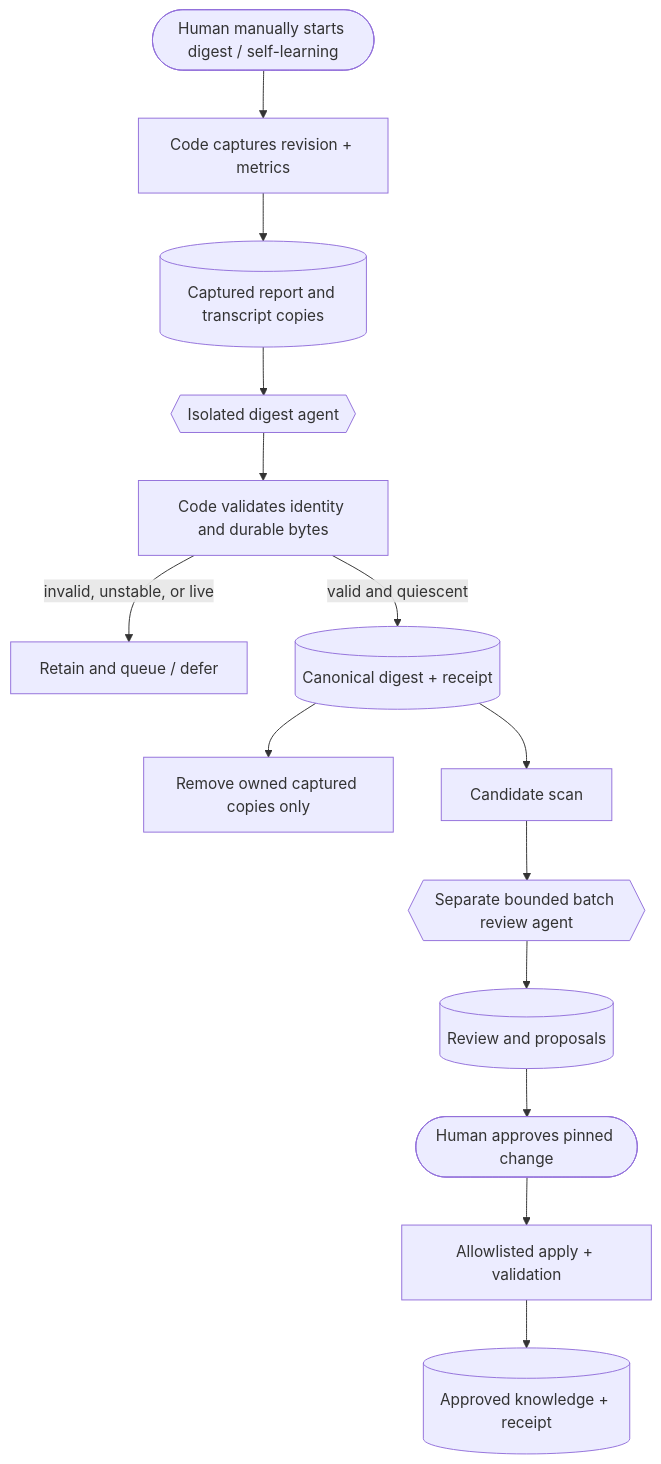
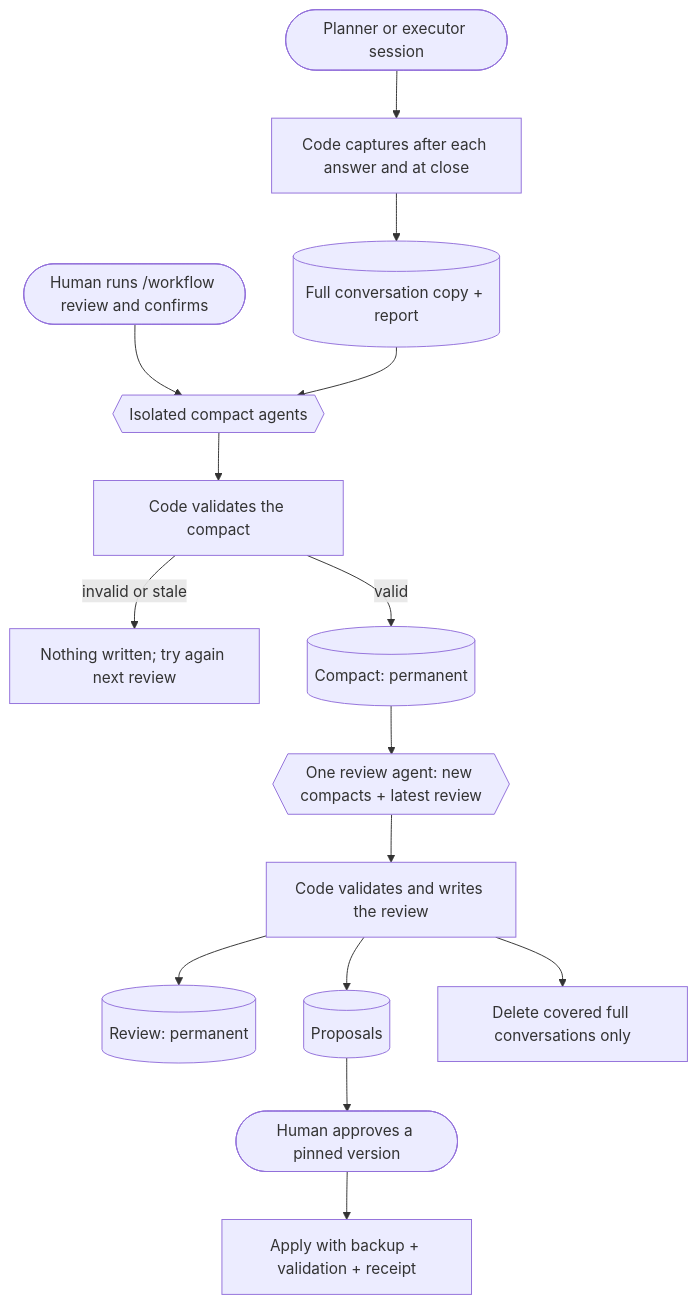
The second of 4 diagrams in README.md (Jero110/pi-house), drawn with Mermaid before and after one commit. The commit also changed other lines of this file and 5 other files, not shown here.

First line of the commit message:
docs: describe the vault, compact and review loop and retire /workflow report

````diff
--- a/README.md
+++ b/README.md
@@ -138,11 +138,15 @@
 ```mermaid
 flowchart TB
-  H([Human manually starts digest / self-learning]) --> C[Code captures revision + metrics]
-  C --> R[(Captured report and transcript copies)]
-  R --> D{{Isolated digest agent}} --> V[Code validates identity and durable bytes]
-  V -->|invalid, unstable, or live| Q[Retain and queue / defer]
-  V -->|valid and quiescent| G[(Canonical digest + receipt)] --> X[Remove owned captured copies only]
-  G --> S[Candidate scan] --> B{{Separate bounded batch review agent}}
-  B --> P[(Review and proposals)] --> A([Human approves pinned change])
-  A --> I[Allowlisted apply + validation] --> K[(Approved knowledge + receipt)]
+  S([Planner or executor session]) --> C[Code captures after each answer and at close]
+  C --> R[(Full conversation copy + report)]
+  H([Human runs /workflow review and confirms]) --> K{{Isolated compact agents}}
+  R --> K --> V[Code validates the compact]
+  V -->|invalid or stale| X[Nothing written; try again next review]
+  V -->|valid| M[(Compact: permanent)]
+  M --> W{{One review agent: new compacts + latest review}}
+  W --> B[Code validates and writes the review]
+  B --> L[(Review: permanent)]
+  B --> P[(Proposals)] --> A([Human approves a pinned version])
+  A --> I[Apply with backup + validation + receipt]
+  B --> Z[Delete covered full conversations only]
 ```
````
